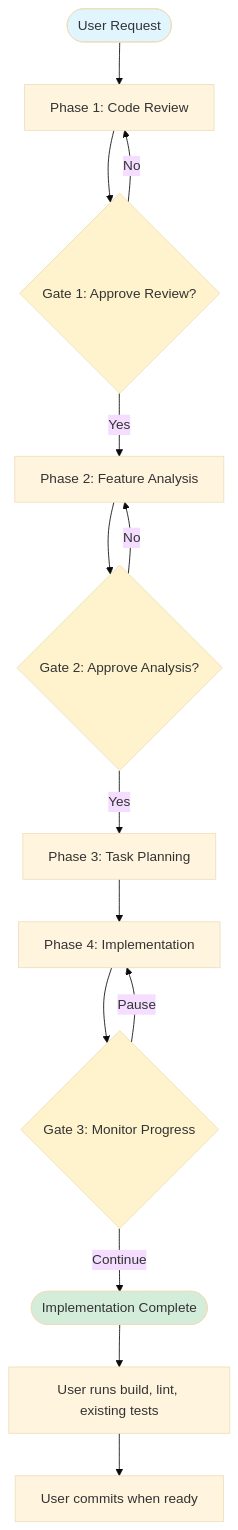
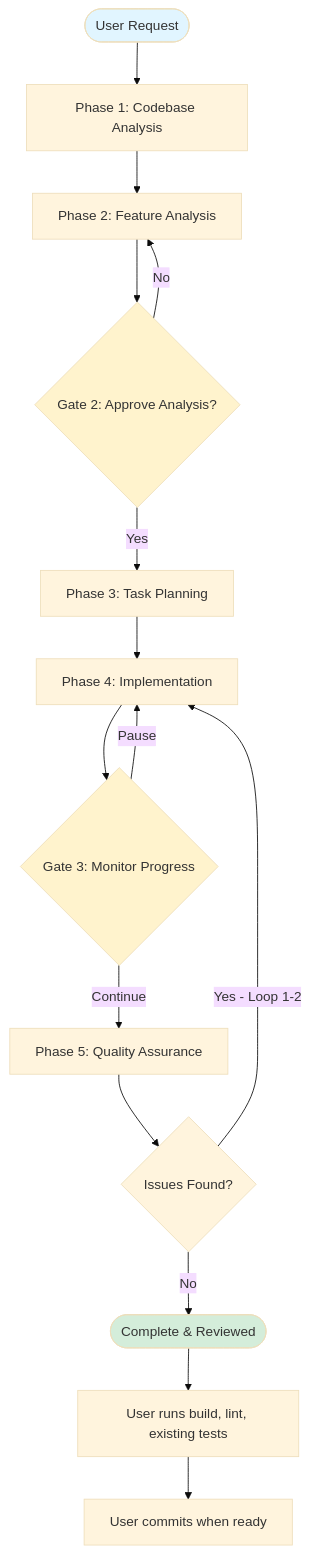
The fourth of 4 diagrams in octocode-claude-plugin/docs/FLOW.md (bgauryy/octocode-mcp), drawn with Mermaid (base theme) before and after one commit. The commit also changed other lines of this file and 17 other files, not shown here.

````diff
--- a/octocode-claude-plugin/docs/FLOW.md
+++ b/octocode-claude-plugin/docs/FLOW.md
@@ -327,22 +463,22 @@
 ```mermaid
 flowchart TD
-    Start([User Request]) --> P1[Phase 1: Code Review]
-    P1 --> G1{Gate 1: Approve Review?}
-    G1 -->|No| P1
-    G1 -->|Yes| P2[Phase 2: Feature Analysis]
+    Start([User Request]) --> P1[Phase 1: Codebase Analysis]
+    P1 --> P2[Phase 2: Feature Analysis]
     P2 --> G2{Gate 2: Approve Analysis?}
     G2 -->|No| P2
     G2 -->|Yes| P3[Phase 3: Task Planning]
     P3 --> P4[Phase 4: Implementation]
     P4 --> G3{Gate 3: Monitor Progress}
     G3 -->|Pause| P4
-    G3 -->|Continue| End([Implementation Complete])
+    G3 -->|Continue| P5[Phase 5: Quality Assurance]
+    P5 --> Issues{Issues Found?}
+    Issues -->|Yes - Loop 1-2| P4
+    Issues -->|No| End([Complete & Reviewed])
     End --> Manual[User runs build, lint, existing tests]
     Manual --> Commit[User commits when ready]
 
     style Start fill:#e1f5ff
     style End fill:#d4edda
-    style G1 fill:#fff3cd
     style G2 fill:#fff3cd
     style G3 fill:#fff3cd
 ```
````
